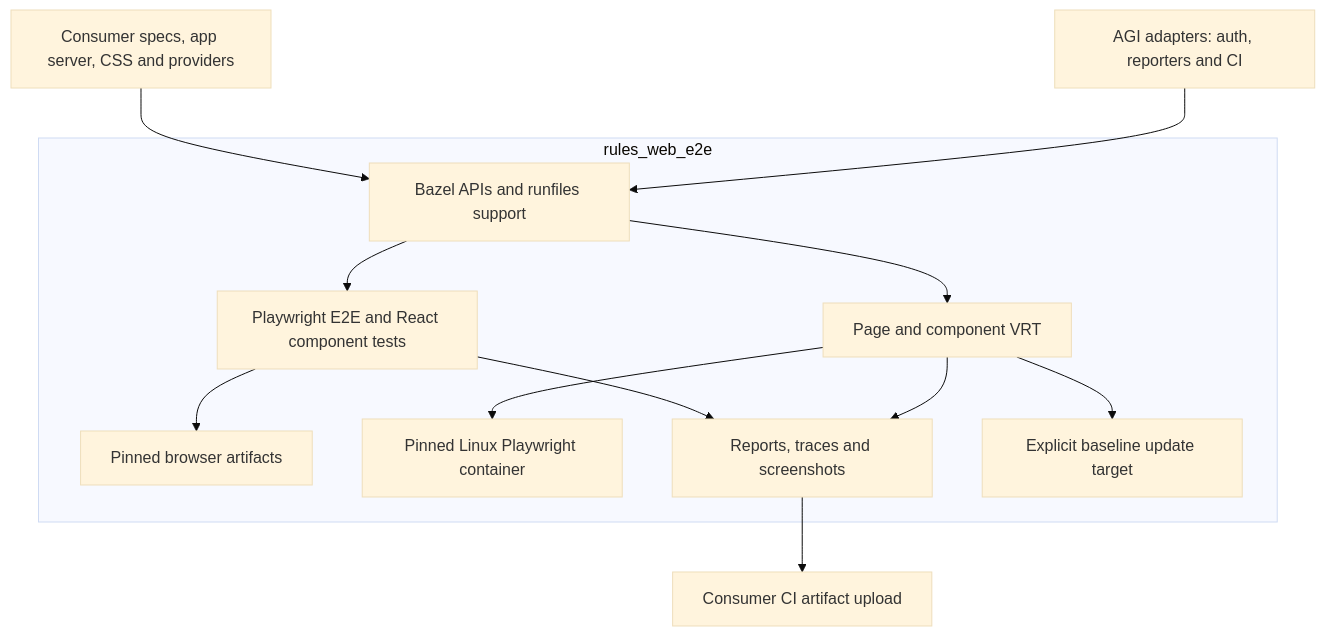
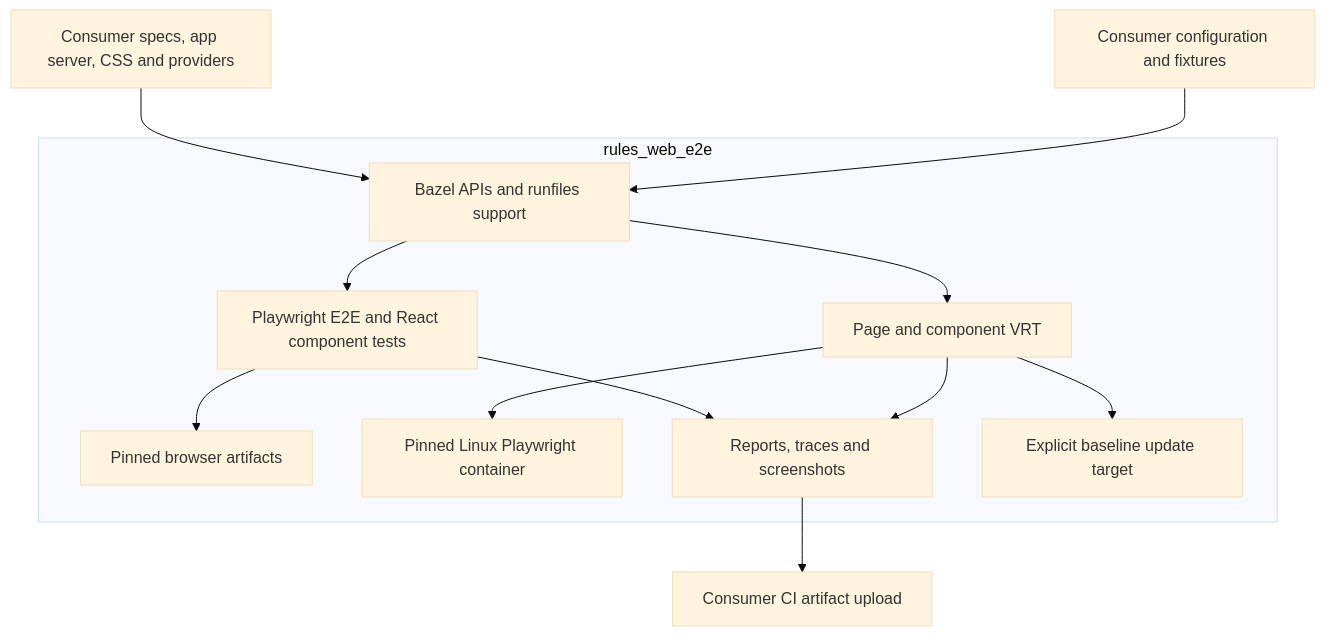
Before and after one commit to perplexityai/rules_web_e2e: the diagram in docs/oss-browser-testing-plan.md, drawn with Mermaid (base theme). The commit also changed other lines of this file and 1 other file, not shown here.

````diff
--- a/docs/oss-browser-testing-plan.md
+++ b/docs/oss-browser-testing-plan.md
@@ -20,16 +21,16 @@
 ```mermaid
 flowchart TD
   Consumer[Consumer specs, app server, CSS and providers] --> Rules
+  Config[Consumer configuration and fixtures] --> Rules
   subgraph OSS[rules_web_e2e]
     Rules[Bazel APIs and runfiles support]
     Rules --> PW[Playwright E2E and React component tests]
     Rules --> VRT[Page and component VRT]
     PW --> Native[Pinned browser artifacts]
     VRT --> Docker[Pinned Linux Playwright container]
     PW --> Artifacts[Reports, traces and screenshots]
     VRT --> Artifacts
     VRT --> Update[Explicit baseline update target]
   end
-  AGI[AGI adapters: auth, reporters and CI] --> Rules
   Artifacts --> CI[Consumer CI artifact upload]
 ```
````
